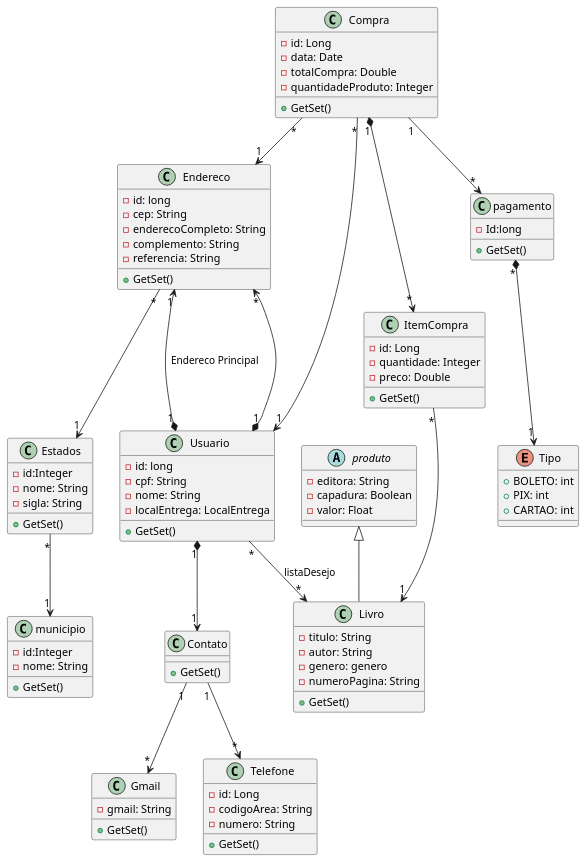
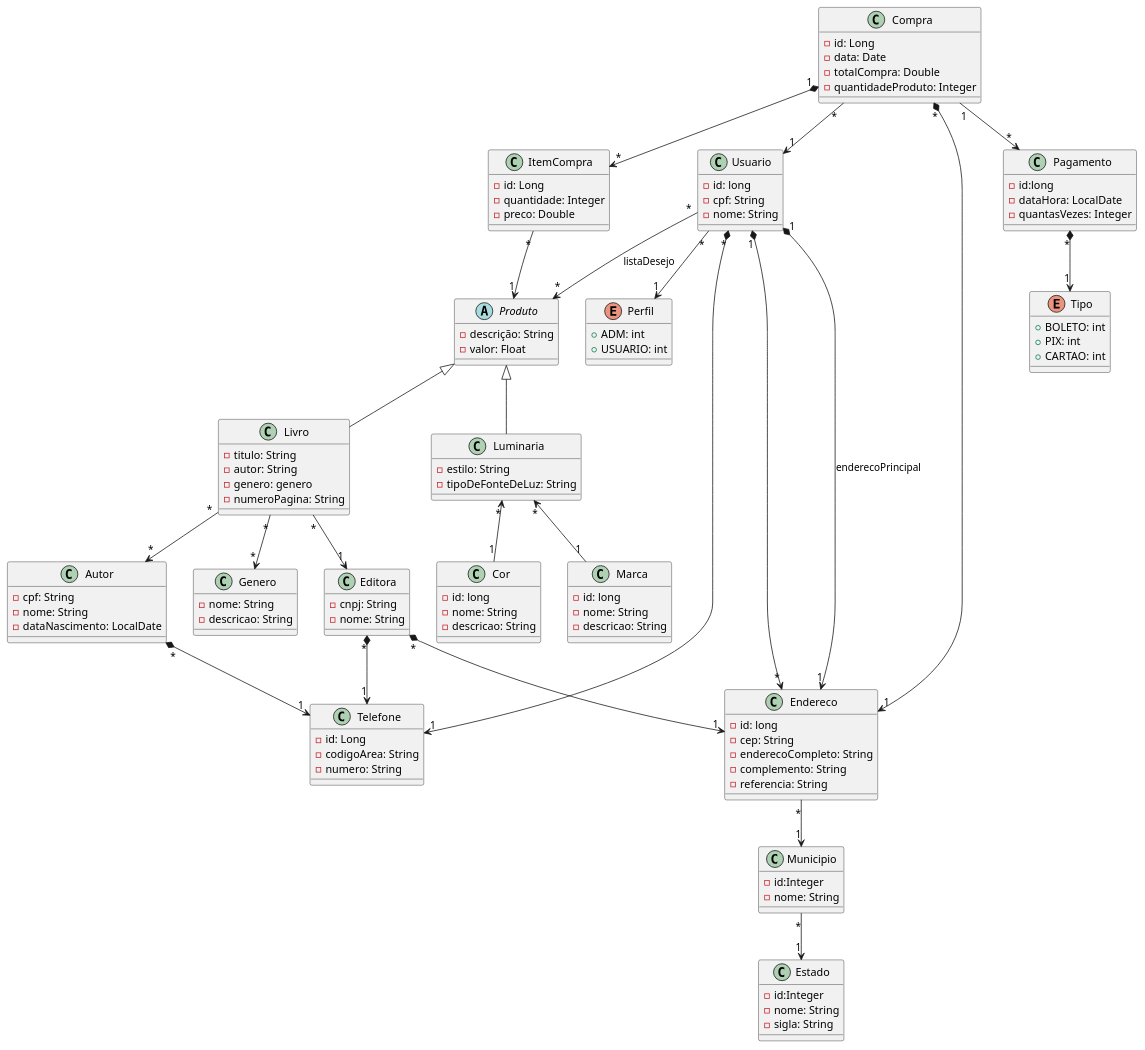
Before and after one commit to Jeezyel/Topicos-2-Beck-end: the diagram in src/main/resources/UML.plantuml, drawn with PlantUML. The commit also changed 12 other files, not shown here.

```diff
--- a/src/main/resources/UML.plantuml
+++ b/src/main/resources/UML.plantuml
@@ -1,135 +1,150 @@
 @startuml UML
 
 
-class Livro{
+class Livro {
     - titulo: String
     - autor: String
     - genero: genero
     - numeroPagina: String
+}
 
+class Usuario {
+    - id: long
+    - cpf: String
+    - nome: String
+}
 
-
-    + GetSet()
-
-
-}
-class Contato {
-
-    + GetSet()
-}
-class Gmail {
-    - gmail: String
-
-    + GetSet()
+class Cor {
+    - id: long
+    - nome: String
+    - descricao: String
 
 }
 
-class Usuario{
-    -id: long
-    - cpf: String
-    - nome: String
-    - localEntrega: LocalEntrega
-
-    + GetSet()
+enum Perfil {
+    + ADM: int
+    + USUARIO: int 
 }
 
-class Endereco{
+class Endereco {
     - id: long
     - cep: String
     - enderecoCompleto: String
     - complemento: String
     - referencia: String
+}
 
-    + GetSet()
-}
 class ItemCompra {
     - id: Long
     - quantidade: Integer
     - preco: Double
-    
-    + GetSet()
 }
+
 class Compra {
     - id: Long
     - data: Date
     - totalCompra: Double
     - quantidadeProduto: Integer
-    
-    + GetSet()
 }
+
 class Telefone {
     - id: Long
     - codigoArea: String
     - numero: String
-    
-    + GetSet()
 }
-class municipio{
+
+class Municipio {
     -id:Integer
     -nome: String
+}
 
-    + GetSet()
-
-}
-class Estados{
+class Estado {
     -id:Integer
     -nome: String
     -sigla: String
-
-    + GetSet()
 }
 
-abstract produto{
-    - editora: String
-    - capadura: Boolean
+abstract Produto {
+    - descrição: String
     - valor: Float
-
-    
-}
-class pagamento{
-    -Id:long
-
-    + GetSet()
 }
 
-enum Tipo{
+class Pagamento {
+    - id:long
+    - dataHora: LocalDate
+    - quantasVezes: Integer
+}
+
+enum Tipo {
     + BOLETO: int
     + PIX: int
     + CARTAO: int
-    
 }
 
+class Luminaria {
 
+    - estilo: String
+    - tipoDeFonteDeLuz: String
 
-    
-    produto <|-- Livro
+}
 
-    Endereco "*" <--*"1" Usuario
-    
-    Endereco "1" <--* "1" Usuario: Endereco Principal
+class Marca {
+    - id: long
+    - nome: String
+    - descricao: String
+}
 
-    Usuario "*" --> "*" Livro: listaDesejo
+class Editora {
+    - cnpj: String 
+    - nome: String 
+}
 
-    Compra "1" *--> "*" ItemCompra
-    Compra "*" --> "1" Usuario
-    Compra "*"  --> "1" Endereco
+class Autor {
+    - cpf: String 
+    - nome: String 
+    - dataNascimento: LocalDate
+}
+
+class Genero {
+    - nome: String 
+    - descricao: String
+}
     
 
-    ItemCompra "*" --> "1" Livro
+Livro -up-|> Produto
+Luminaria -up-|> Produto
+Cor "1"-up->"*" Luminaria
+Marca "1"-up->"*" Luminaria
 
-    Usuario "1" *--> "1" Contato 
+Livro "*" --> "1" Editora
+Livro "*" --> "*" Genero
+Livro "*" --> "*" Autor
 
-    Compra "1"-->"*" pagamento
+Editora "*" *--> "1" Endereco
+Editora "*" *--> "1" Telefone
 
-    Contato "1"--> "*" Telefone
-    Contato "1"--> "*" Gmail
+Usuario "1" *--> "*" Endereco
+Usuario "1" *--> "1" Endereco: enderecoPrincipal
+Usuario "*" --> "*" Produto: listaDesejo
+Usuario "*" *--> "1" Telefone
+Usuario "*" --> "1" Perfil
+
+Autor "*" *--> "1" Telefone
+
+Compra "1" *--> "*" ItemCompra
+Compra "*" --> "1" Usuario
+Compra "*"  *--> "1" Endereco
+Compra "1"-->"*" Pagamento
+
+ItemCompra "*" --> "1" Produto
+
+Pagamento "*" *--> "1" Tipo
+
+Endereco "*"--> "1" Municipio
+
+Municipio "*"--> "1" Estado
 
 
 
 
-    pagamento "*" *--> "1" Tipo
-
-    Endereco "*"--> "1" Estados
-
-    Estados "*"--> "1" municipio
 @enduml
```
